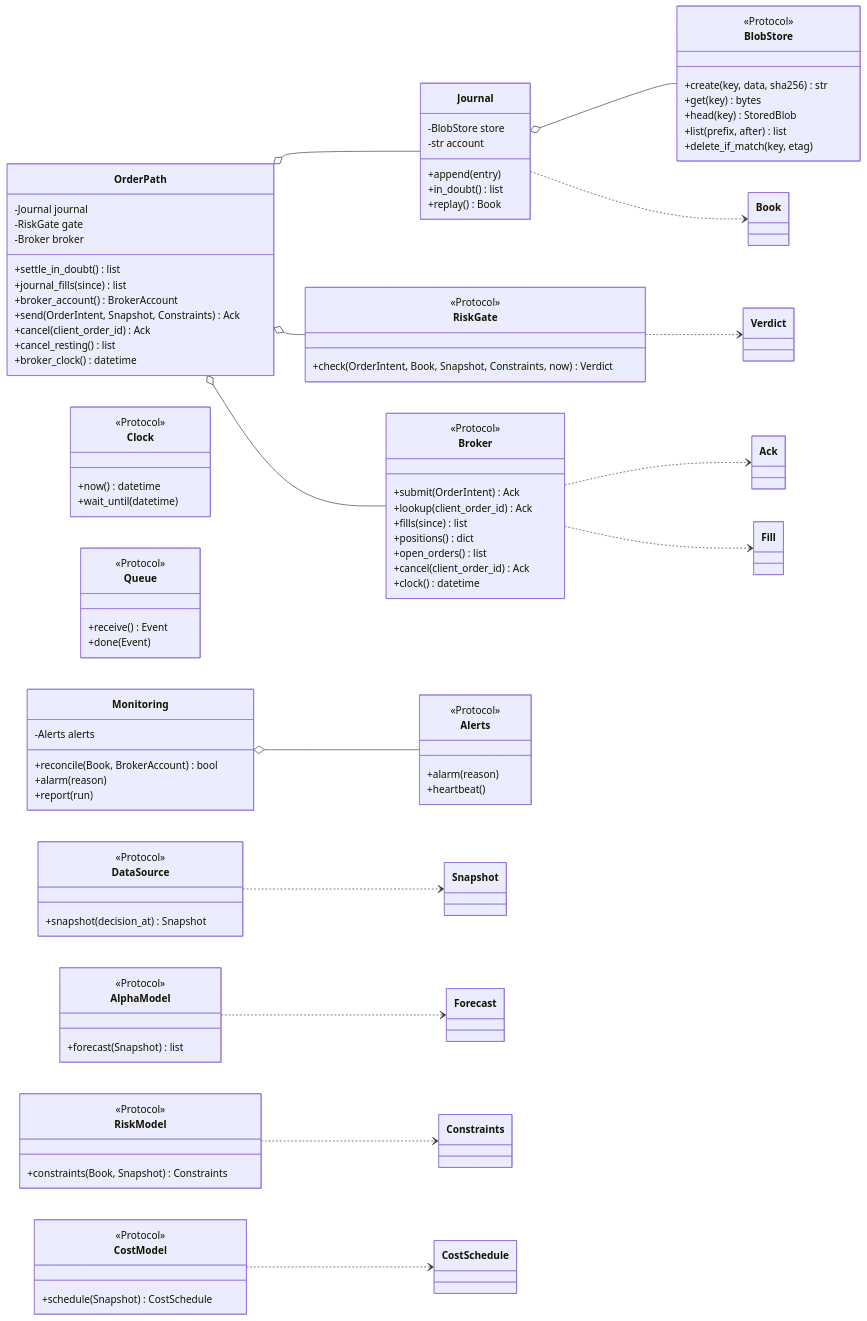
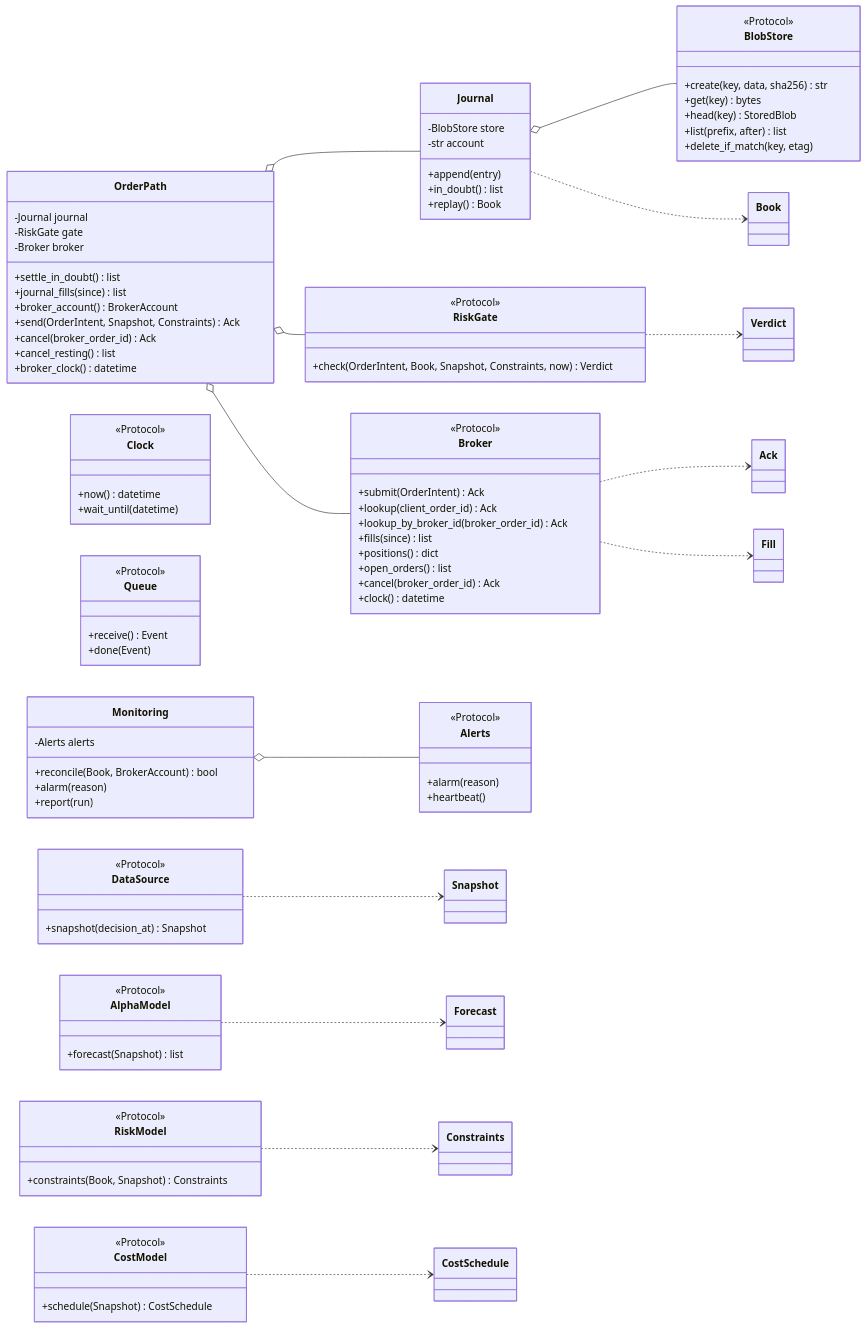
Before and after one commit to l3a0/ithildin-runtime: diagram 11 of 16 in docs/architecture.md, drawn with Mermaid. The commit also changed other lines of this file and 4 other files, not shown here.

```diff
--- a/docs/architecture.md
+++ b/docs/architecture.md
@@ -1326,10 +1358,11 @@
         <<Protocol>>
         +submit(OrderIntent) Ack
         +lookup(client_order_id) Ack
+        +lookup_by_broker_id(broker_order_id) Ack
         +fills(since) list
         +positions() dict
         +open_orders() list
-        +cancel(client_order_id) Ack
+        +cancel(broker_order_id) Ack
         +clock() datetime
     }
     class AlphaModel {
@@ -1376,7 +1409,7 @@
         +journal_fills(since) list
         +broker_account() BrokerAccount
         +send(OrderIntent, Snapshot, Constraints) Ack
-        +cancel(client_order_id) Ack
+        +cancel(broker_order_id) Ack
         +cancel_resting() list
         +broker_clock() datetime
     }
```
